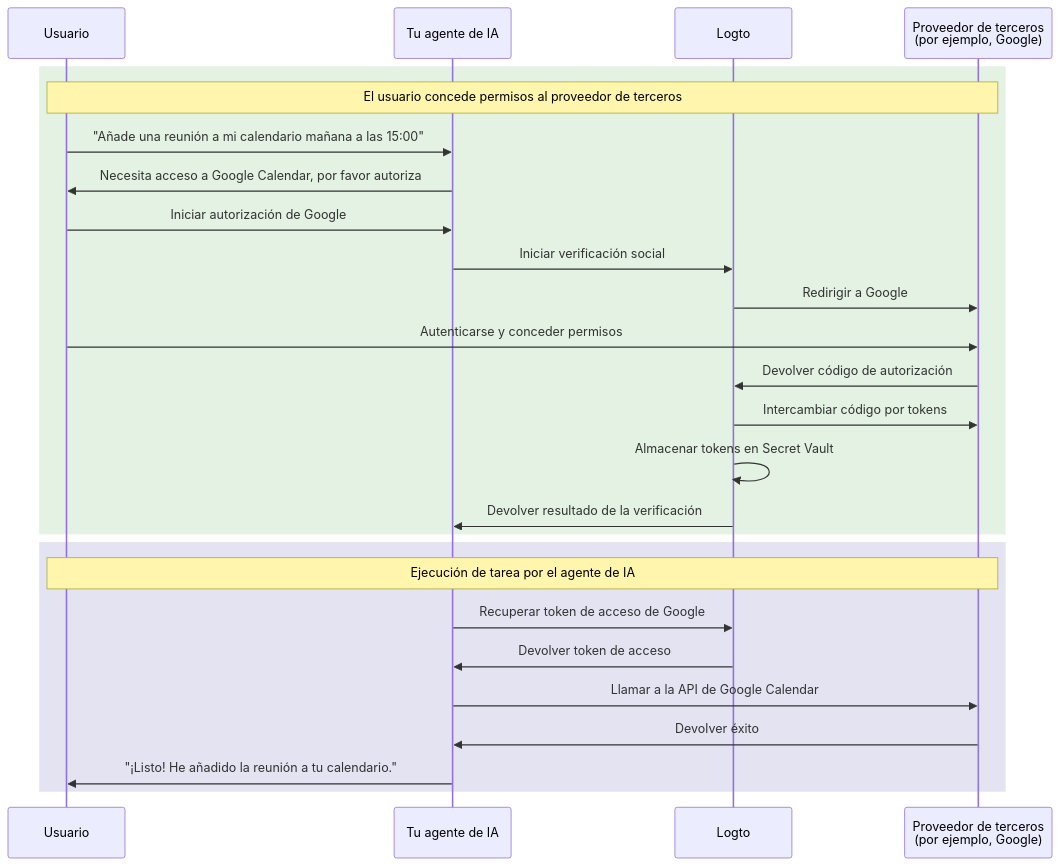
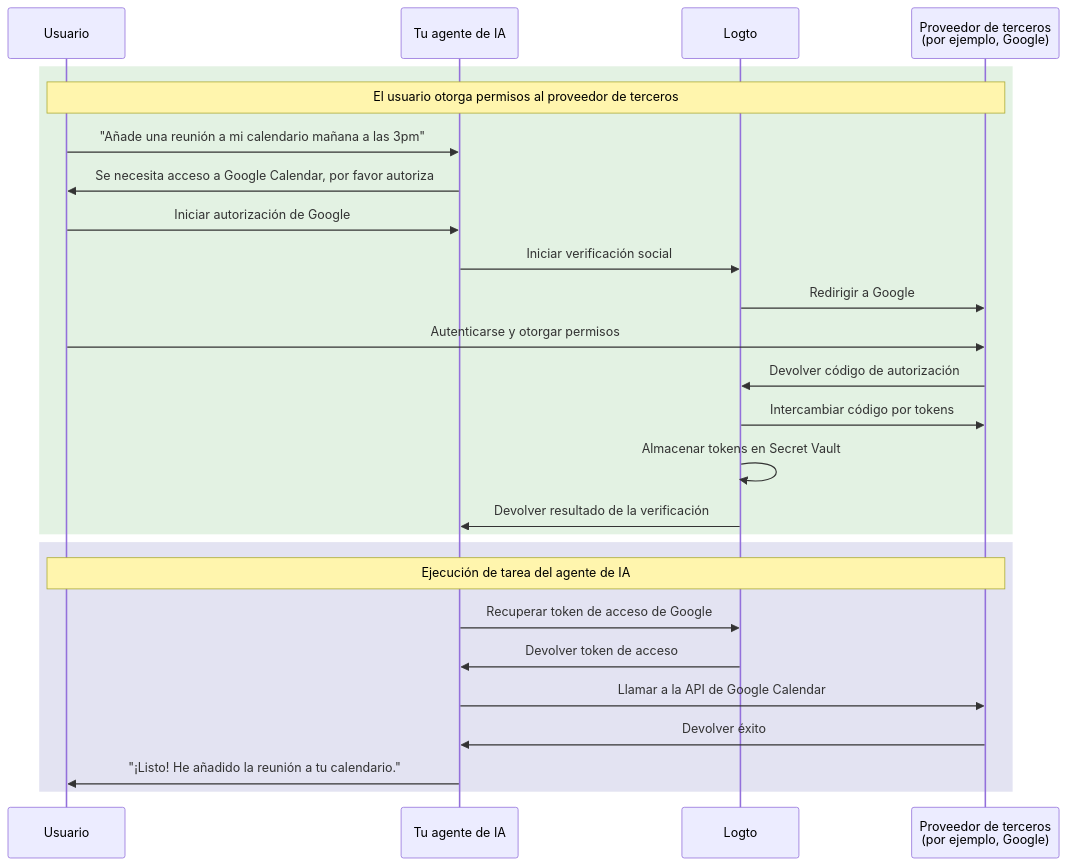
Before and after one commit to logto-io/docs: the diagram in i18n/es/docusaurus-plugin-content-docs/current/use-cases/ai/connect-your-agent-to-third-party-apis.mdx, drawn with Mermaid. The commit also changed other lines of this file and 89 other files, not shown here.

````diff
--- a/i18n/es/docusaurus-plugin-content-docs/current/use-cases/ai/connect-your-agent-to-third-party-apis.mdx
+++ b/i18n/es/docusaurus-plugin-content-docs/current/use-cases/ai/connect-your-agent-to-third-party-apis.mdx
@@ -32,30 +36,30 @@
 ```mermaid
 sequenceDiagram
     participant Usuario
     participant Agente as Tu agente de IA
     participant Logto
     participant Google as Proveedor de terceros<br/>(por ejemplo, Google)
 
     rect rgba(200, 230, 200, 0.5)
-        Note over Usuario, Google: El usuario concede permisos al proveedor de terceros
-        Usuario->>Agente: "Añade una reunión a mi calendario mañana a las 15:00"
-        Agente->>Usuario: Necesita acceso a Google Calendar, por favor autoriza
+        Note over Usuario, Google: El usuario otorga permisos al proveedor de terceros
+        Usuario->>Agente: "Añade una reunión a mi calendario mañana a las 3pm"
+        Agente->>Usuario: Se necesita acceso a Google Calendar, por favor autoriza
         Usuario->>Agente: Iniciar autorización de Google
         Agente->>Logto: Iniciar verificación social
         Logto->>Google: Redirigir a Google
-        Usuario->>Google: Autenticarse y conceder permisos
+        Usuario->>Google: Autenticarse y otorgar permisos
         Google->>Logto: Devolver código de autorización
         Logto->>Google: Intercambiar código por tokens
         Logto->>Logto: Almacenar tokens en Secret Vault
         Logto->>Agente: Devolver resultado de la verificación
     end
 
     rect rgba(200, 200, 230, 0.5)
-        Note over Usuario, Google: Ejecución de tarea por el agente de IA
+        Note over Usuario, Google: Ejecución de tarea del agente de IA
         Agente->>Logto: Recuperar token de acceso de Google
         Logto->>Agente: Devolver token de acceso
         Agente->>Google: Llamar a la API de Google Calendar
         Google->>Agente: Devolver éxito
         Agente->>Usuario: "¡Listo! He añadido la reunión a tu calendario."
     end
 ```
````
